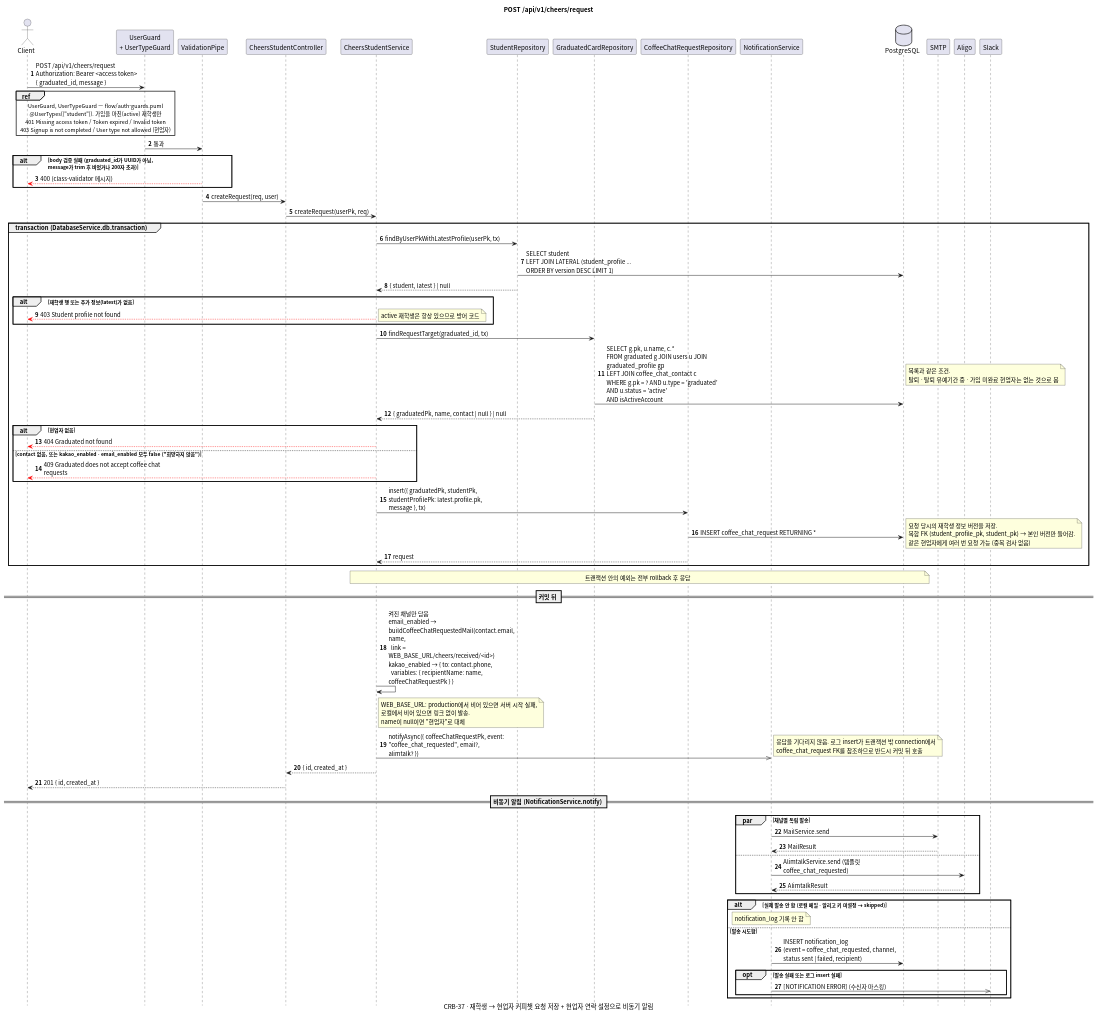
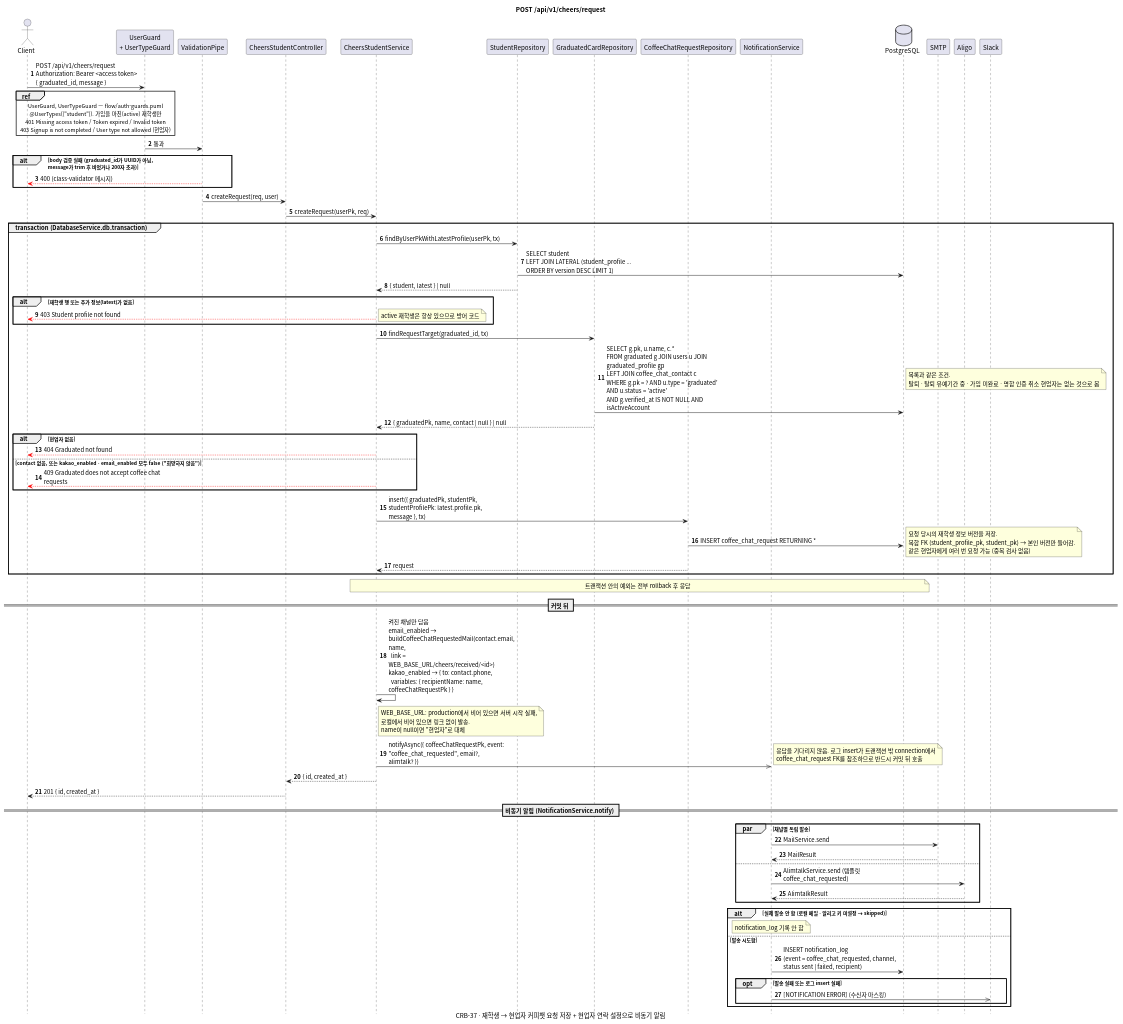
One commit to gsainfoteam/cheers-be changed the diagram in docs/sequence/cheers/post-cheers-request.puml. Above: the diagram before and after it, drawn with PlantUML. The commit also changed 11 other files, not shown here.

Commit message:
- docs: add business card sequence diagrams (CRB-44)

```diff
--- a/docs/sequence/cheers/post-cheers-request.puml
+++ b/docs/sequence/cheers/post-cheers-request.puml
@@ -1,106 +1,106 @@
 @startuml post-cheers-request
 skinparam defaultFontName "Apple SD Gothic Neo", "Noto Sans CJK KR", sans-serif
 skinparam responseMessageBelowArrow true
 skinparam sequenceMessageAlign left
 skinparam maxMessageSize 260
 skinparam BoxPadding 8
 skinparam shadowing false
 autonumber
 hide footbox
 
 title POST /api/v1/cheers/request
 caption CRB-37 · 재학생 → 현업자 커피챗 요청 저장 + 현업자 연락 설정으로 비동기 알림
 
 actor Client
 participant "UserGuard\n+ UserTypeGuard" as Guard
 participant "ValidationPipe" as Pipe
 participant "CheersStudentController" as Controller
 participant "CheersStudentService" as Service
 participant "StudentRepository" as StudentRepository
 participant "GraduatedCardRepository" as GraduatedCardRepository
 participant "CoffeeChatRequestRepository" as CoffeeChatRequestRepository
 participant "NotificationService" as NotificationService
 database PostgreSQL
 participant "SMTP"
 participant "Aligo"
 participant "Slack"
 
 Client -> Guard: POST /api/v1/cheers/request\nAuthorization: Bearer <access token>\n{ graduated_id, message }
 ref over Client, Guard
   UserGuard, UserTypeGuard — flow/auth-guards.puml
   @UserTypes(["student"]). 가입을 마친(active) 재학생만
   401 Missing access token / Token expired / Invalid token
   403 Signup is not completed / User type not allowed (현업자)
 end ref
 Guard -> Pipe: 통과
 alt body 검증 실패 (graduated_id가 UUID가 아님,\nmessage가 trim 후 비었거나 200자 초과)
   Pipe -[#red]-> Client: 400 (class-validator 메시지)
 end
 Pipe -> Controller: createRequest(req, user)
 Controller -> Service: createRequest(userPk, req)
 
 group transaction (DatabaseService.db.transaction)
   Service -> StudentRepository: findByUserPkWithLatestProfile(userPk, tx)
   StudentRepository -> PostgreSQL: SELECT student\nLEFT JOIN LATERAL (student_profile ...\nORDER BY version DESC LIMIT 1)
   StudentRepository --> Service: { student, latest } | null
   alt 재학생 행 또는 추가 정보(latest)가 없음
     Service -[#red]-> Client: 403 Student profile not found
     note right: active 재학생은 항상 있으므로 방어 코드
   end
 
   Service -> GraduatedCardRepository: findRequestTarget(graduated_id, tx)
-  GraduatedCardRepository -> PostgreSQL: SELECT g.pk, u.name, c.*\nFROM graduated g JOIN users u JOIN graduated_profile gp\nLEFT JOIN coffee_chat_contact c\nWHERE g.pk = ? AND u.type = 'graduated' AND u.status = 'active'\nAND isActiveAccount
-  note right: 목록과 같은 조건.\n탈퇴 · 탈퇴 유예기간 중 · 가입 미완료 현업자는 없는 것으로 봄
+  GraduatedCardRepository -> PostgreSQL: SELECT g.pk, u.name, c.*\nFROM graduated g JOIN users u JOIN graduated_profile gp\nLEFT JOIN coffee_chat_contact c\nWHERE g.pk = ? AND u.type = 'graduated' AND u.status = 'active'\nAND g.verified_at IS NOT NULL AND isActiveAccount
+  note right: 목록과 같은 조건.\n탈퇴 · 탈퇴 유예기간 중 · 가입 미완료 · 명함 인증 취소 현업자는 없는 것으로 봄
   GraduatedCardRepository --> Service: { graduatedPk, name, contact | null } | null
   alt 현업자 없음
     Service -[#red]-> Client: 404 Graduated not found
   else contact 없음, 또는 kakao_enabled · email_enabled 모두 false ("희망하지 않음")
     Service -[#red]-> Client: 409 Graduated does not accept coffee chat requests
   end
 
   Service -> CoffeeChatRequestRepository: insert({ graduatedPk, studentPk,\nstudentProfilePk: latest.profile.pk, message }, tx)
   CoffeeChatRequestRepository -> PostgreSQL: INSERT coffee_chat_request RETURNING *
   note right
     요청 당시의 재학생 정보 버전을 저장.
     복합 FK (student_profile_pk, student_pk) → 본인 버전만 들어감.
     같은 현업자에게 여러 번 요청 가능 (중복 검사 없음)
   end note
   CoffeeChatRequestRepository --> Service: request
 end
 note over Service, PostgreSQL: 트랜잭션 안의 예외는 전부 rollback 후 응답
 
 == 커밋 뒤 ==
 
 Service -> Service: 켜진 채널만 담음\nemail_enabled → buildCoffeeChatRequestedMail(contact.email, name,\n  link = WEB_BASE_URL/cheers/received/<id>)\nkakao_enabled → { to: contact.phone,\n  variables: { recipientName: name, coffeeChatRequestPk } }
 note right of Service
   WEB_BASE_URL: production에서 비어 있으면 서버 시작 실패,
   로컬에서 비어 있으면 링크 없이 발송.
   name이 null이면 "현업자"로 대체
 end note
 Service ->> NotificationService: notifyAsync({ coffeeChatRequestPk, event: "coffee_chat_requested", email?, alimtalk? })
 note right
   응답을 기다리지 않음. 로그 insert가 트랜잭션 밖 connection에서
   coffee_chat_request FK를 참조하므로 반드시 커밋 뒤 호출
 end note
 Service --> Controller: { id, created_at }
 Controller --> Client: 201 { id, created_at }
 
 == 비동기 알림 (NotificationService.notify) ==
 
 par 채널별 독립 발송
   NotificationService -> SMTP: MailService.send
   SMTP --> NotificationService: MailResult
 else
   NotificationService -> Aligo: AlimtalkService.send (템플릿 coffee_chat_requested)
   Aligo --> NotificationService: AlimtalkResult
 end
 alt 실제 발송 안 함 (로컬 메일 · 알리고 키 미설정 → skipped)
   note over NotificationService: notification_log 기록 안 함
 else 발송 시도함
   NotificationService -> PostgreSQL: INSERT notification_log\n(event = coffee_chat_requested, channel, status sent | failed, recipient)
   opt 발송 실패 또는 로그 insert 실패
     NotificationService ->> Slack: [NOTIFICATION ERROR] (수신자 마스킹)
   end
 end
 
 @enduml
```
